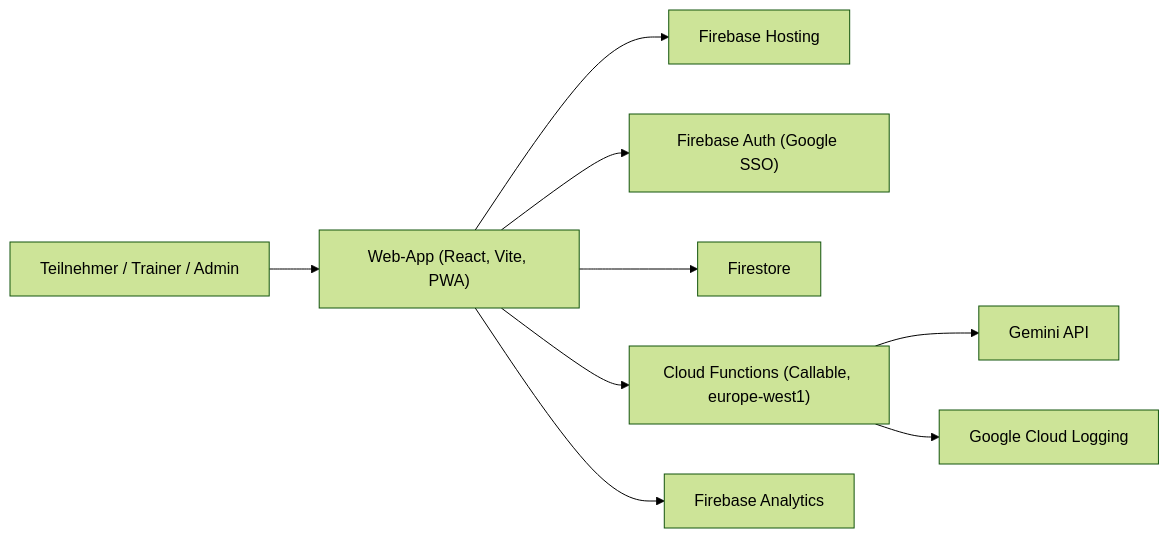
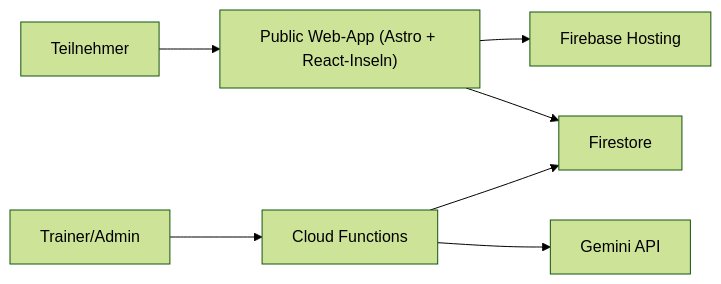
Before and after one commit to WildDragonKing/RehaSport: the diagram in docs/architektur.md, drawn with Mermaid (forest theme). The commit also changed other lines of this file and 208 other files, not shown here.

````diff
--- a/docs/architektur.md
+++ b/docs/architektur.md
@@ -7,11 +7,9 @@
 ```mermaid
 flowchart LR
-  U["Teilnehmer / Trainer / Admin"] --> W["Web-App (React, Vite, PWA)"]
+  U["Teilnehmer"] --> W["Public Web-App (Astro + React-Inseln)"]
   W --> H["Firebase Hosting"]
-  W --> A["Firebase Auth (Google SSO)"]
   W --> F["Firestore"]
-  W --> C["Cloud Functions (Callable, europe-west1)"]
+  T["Trainer/Admin"] --> C["Cloud Functions"]
   C --> G["Gemini API"]
-  W --> GA["Firebase Analytics"]
-  C --> L["Google Cloud Logging"]
+  C --> F
 ```
````
